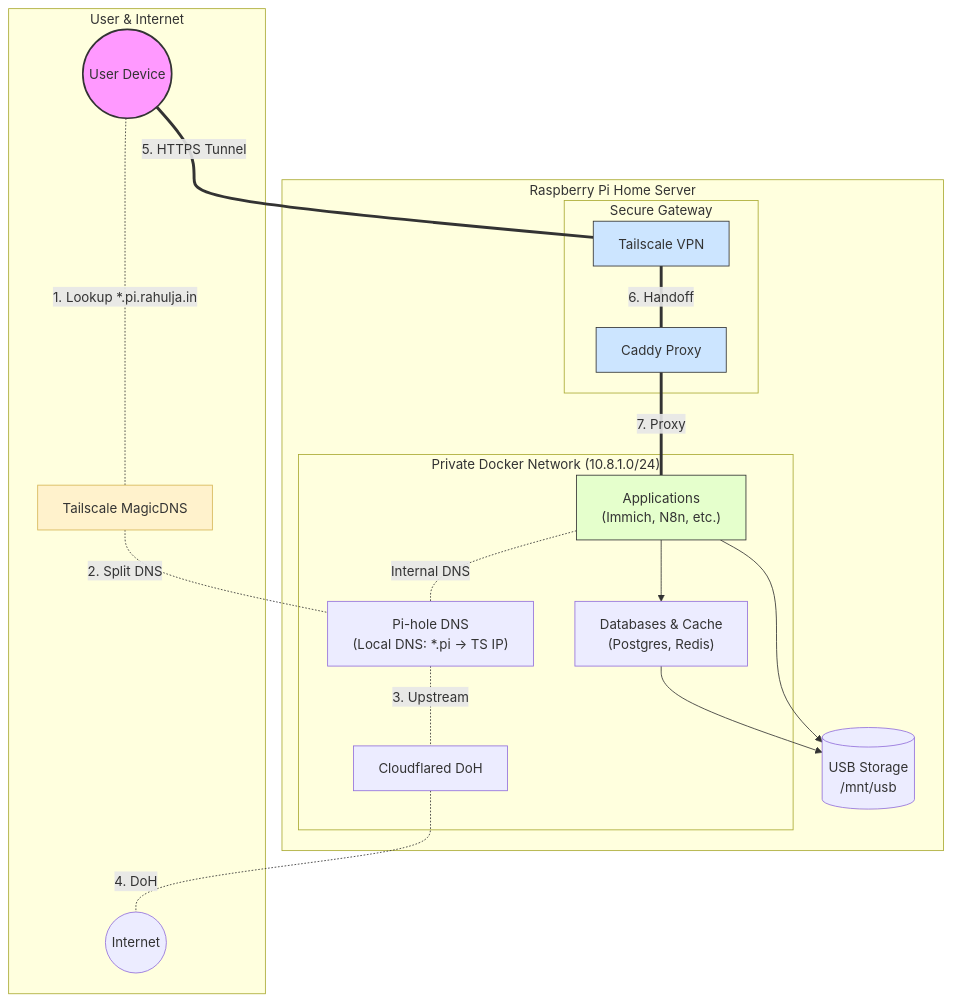
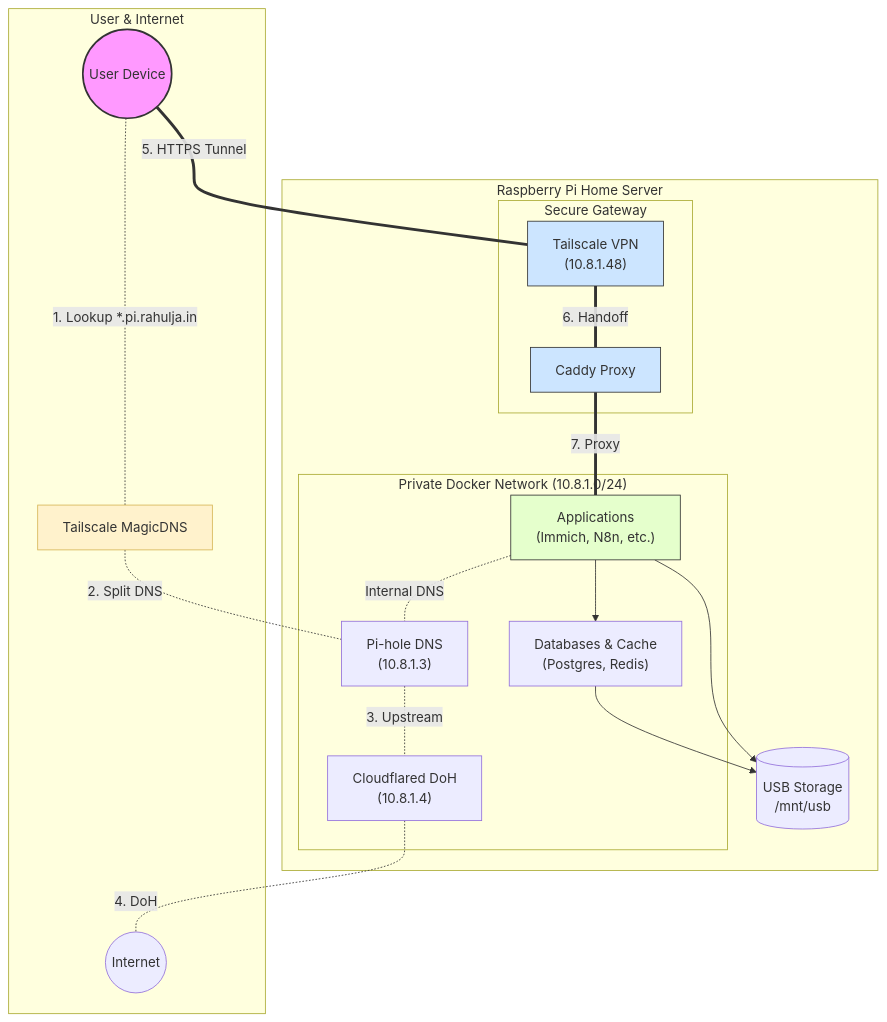
One commit to xRahul/Pi-setup changed the diagram in README.md. Above: the diagram before and after it, drawn with Mermaid.

Commit message:
docs: add specific IPs to arch diagram nodes

````diff
--- a/README.md
+++ b/README.md
@@ -19,53 +19,53 @@
 ```mermaid
 graph TD
     %% --- Clients & External ---
     subgraph Remote ["User & Internet"]
         user((User Device))
         magicdns[Tailscale MagicDNS]
         internet((Internet))
     end
 
     %% --- The Server ---
     subgraph Server ["Raspberry Pi Home Server"]
         
         %% Entry Point
         subgraph Gateway ["Secure Gateway"]
-            ts[Tailscale VPN]
+            ts["Tailscale VPN<br/>(10.8.1.48)"]
             caddy[Caddy Proxy]
         end
 
         %% Internal Network
         subgraph Internal ["Private Docker Network (10.8.1.0/24)"]
-            pihole["Pi-hole DNS<br/>(Local DNS: *.pi -> TS IP)"]
-            cloudflared[Cloudflared DoH]
+            pihole["Pi-hole DNS<br/>(10.8.1.3)"]
+            cloudflared["Cloudflared DoH<br/>(10.8.1.4)"]
             apps["Applications<br/>(Immich, N8n, etc.)"]
             db["Databases & Cache<br/>(Postgres, Redis)"]
         end
         
         storage[("USB Storage<br/>/mnt/usb")]
     end
 
     %% --- FLOW 1: DNS Resolution (Dotted) ---
     user -.-|1. Lookup *.pi.rahulja.in| magicdns
     magicdns -.-|2. Split DNS| pihole
     apps -.-|Internal DNS| pihole
     pihole -.-|3. Upstream| cloudflared
     cloudflared -.-|4. DoH| internet
 
     %% --- FLOW 2: Secure Access (Solid / Thick) ---
     user ===|5. HTTPS Tunnel| ts
     ts ===|6. Handoff| caddy
     caddy ===|7. Proxy| apps
 
     %% --- Dependencies ---
     apps --> db
     apps --> storage
     db --> storage
 
     %% --- Styling ---
     style user fill:#f9f,stroke:#333,stroke-width:2px
     style magicdns fill:#fff2cc,stroke:#d6b656
     style ts fill:#cce5ff,stroke:#333
     style caddy fill:#cce5ff,stroke:#333
     style apps fill:#e5ffcc,stroke:#333
 ```
````
